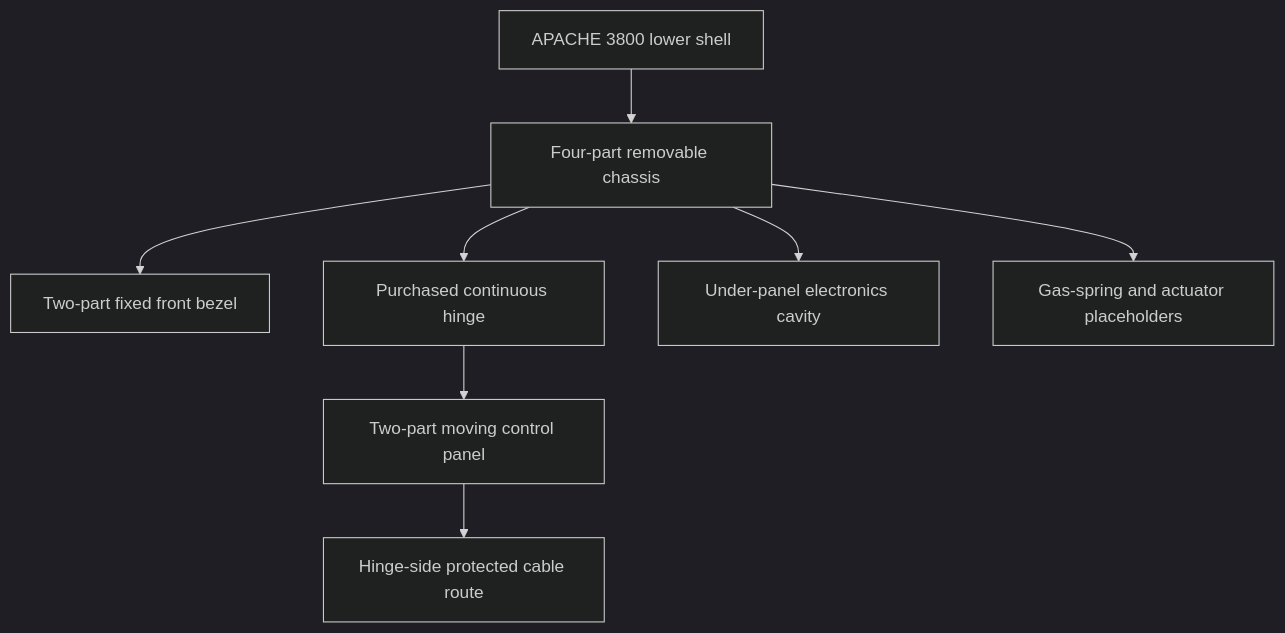
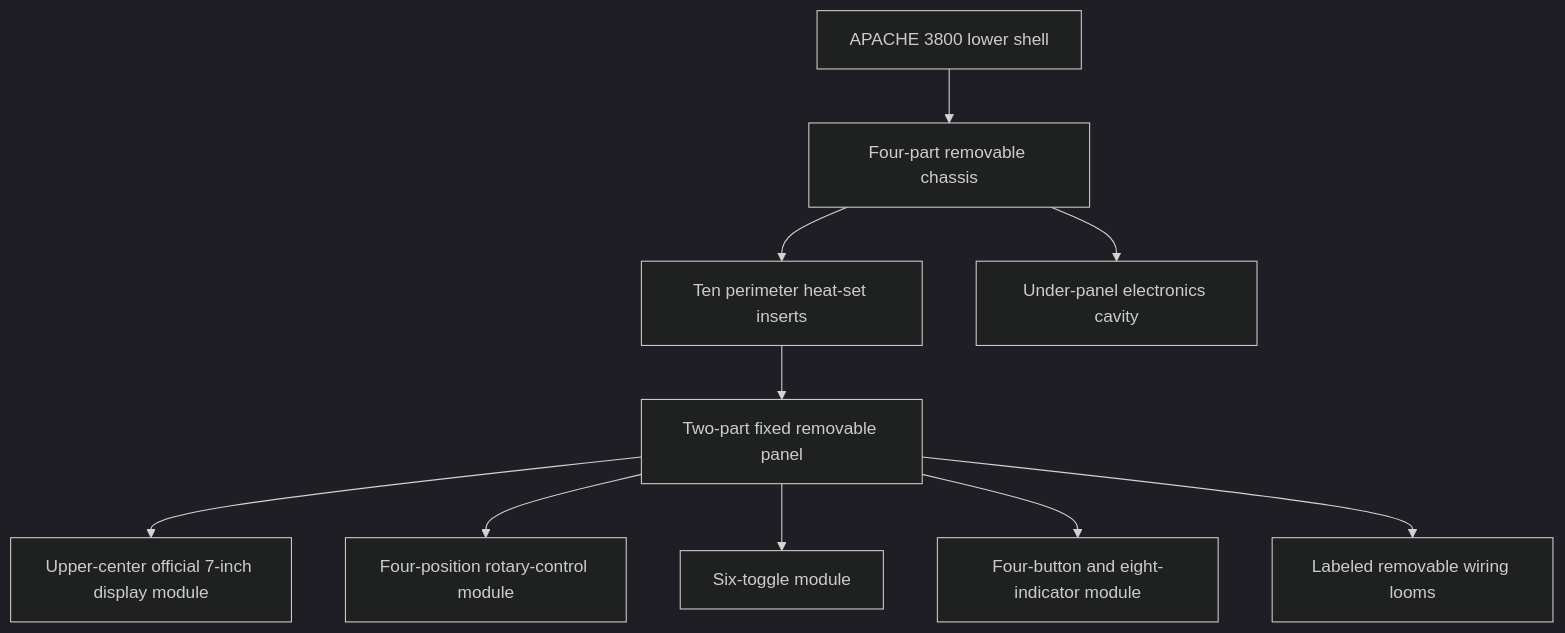
One commit to Andworx/Copilot-IoT-Game changed the third of 7 diagrams in 3d Models/apache case/DESIGN_DOCUMENT.md. Above: the diagram before and after it, drawn with Mermaid (dark theme). The commit also changed other lines of this file and 45 other files, not shown here.

````diff
--- a/3d Models/apache case/DESIGN_DOCUMENT.md
+++ b/3d Models/apache case/DESIGN_DOCUMENT.md
@@ -218,10 +246,12 @@
 ```mermaid
 flowchart TB
     Case[APACHE 3800 lower shell] --> Frame[Four-part removable chassis]
-    Frame --> Bezel[Two-part fixed front bezel]
-    Frame --> Hinge[Purchased continuous hinge]
-    Hinge --> Moving[Two-part moving control panel]
+    Frame --> Inserts[Ten perimeter heat-set inserts]
+    Inserts --> Fixed[Two-part fixed removable panel]
+    Fixed --> Screen[Upper-center official 7-inch display module]
+    Fixed --> Rotary[Four-position rotary-control module]
+    Fixed --> Toggle[Six-toggle module]
+    Fixed --> Utility[Four-button and eight-indicator module]
     Frame --> Electronics[Under-panel electronics cavity]
-    Frame --> Future[Gas-spring and actuator placeholders]
-    Moving --> Cable[Hinge-side protected cable route]
+    Fixed --> Looms[Labeled removable wiring looms]
 ```
````
